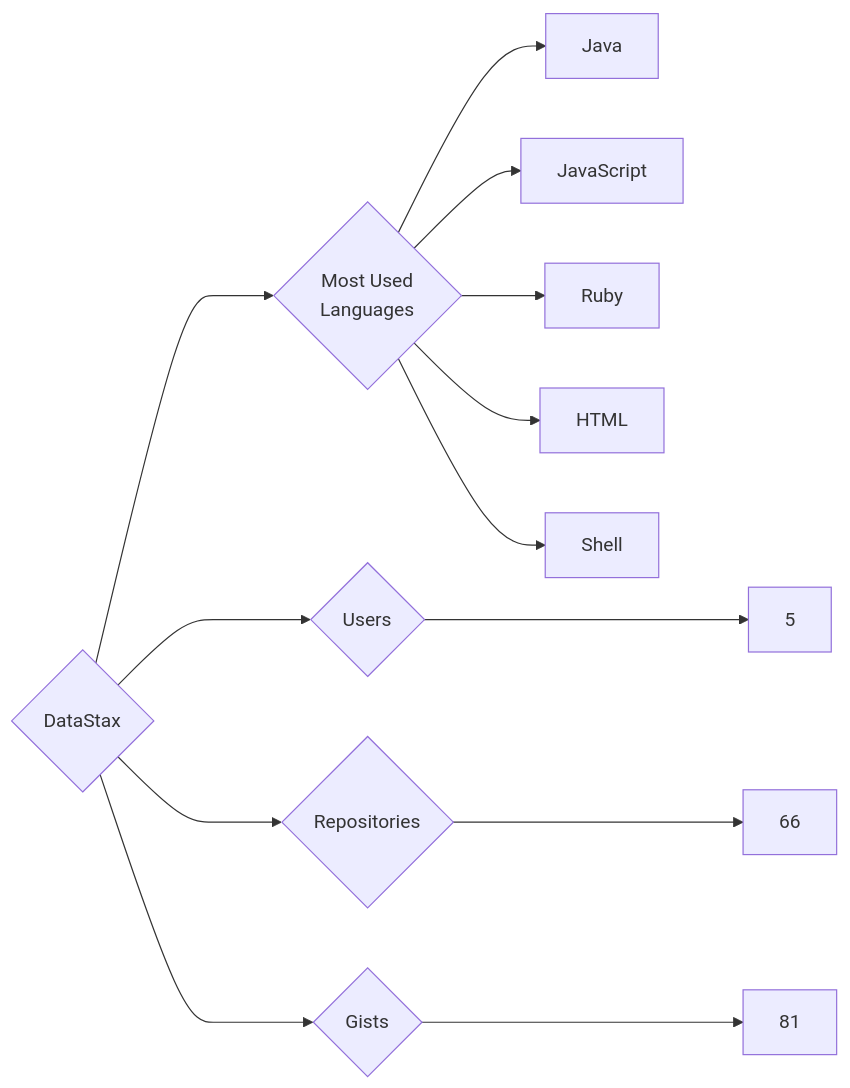
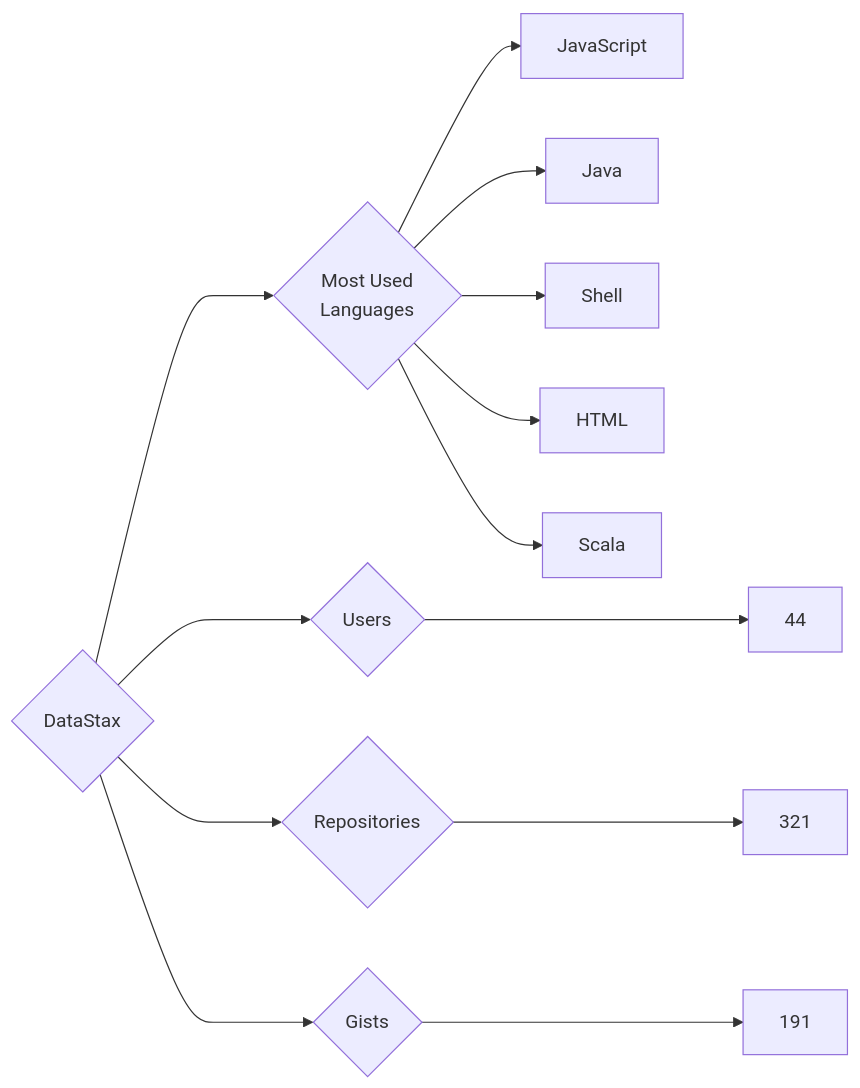
Before and after one commit to trickest/insiders: the diagram in targets/DataStax/README.md, drawn with Mermaid. The commit also changed 786 other files, not shown here.

````diff
--- a/targets/DataStax/README.md
+++ b/targets/DataStax/README.md
@@ -3,13 +3,13 @@
 ```mermaid
 graph LR
 COMPANY_NAME{DataStax}
-COMPANY_NAME ---> U{Users} ---> UN[5]
-COMPANY_NAME ---> R{Repositories} ---> RN[66]
-COMPANY_NAME ---> G{Gists} ---> GN[81]
+COMPANY_NAME ---> U{Users} ---> UN[44]
+COMPANY_NAME ---> R{Repositories} ---> RN[321]
+COMPANY_NAME ---> G{Gists} ---> GN[191]
 COMPANY_NAME ---> ML{Most Used<br>Languages}
+ML --> JavaScript[JavaScript]
 ML --> Java[Java]
-ML --> JavaScript[JavaScript]
-ML --> Ruby[Ruby]
+ML --> Shell[Shell]
 ML --> HTML[HTML]
-ML --> Shell[Shell]
+ML --> Scala[Scala]
 ```
````
